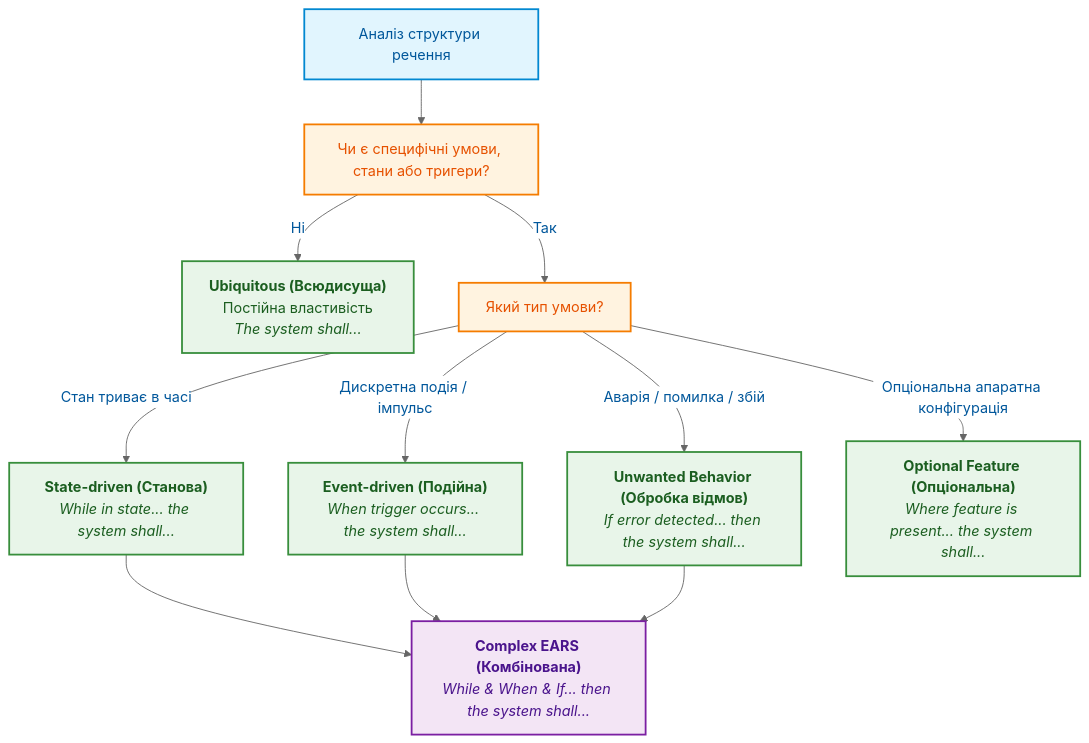
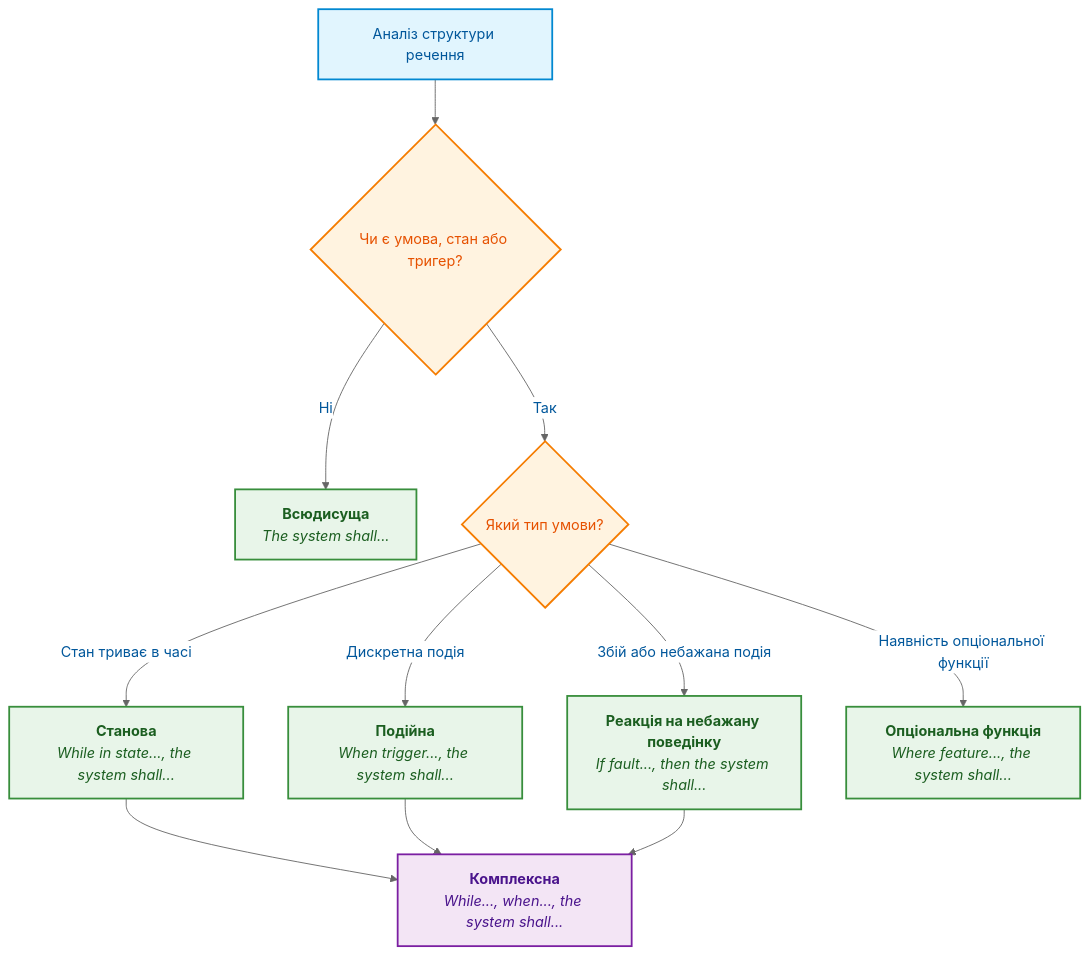
One commit to nick-fedchik/articles changed the second of 4 diagrams in ExpertSystem/ch14-requirements-detection-and-formalization.md. Above: the diagram before and after it, drawn with Mermaid (neutral theme). The commit also changed other lines of this file, not shown here.

````diff
--- a/ExpertSystem/ch14-requirements-detection-and-formalization.md
+++ b/ExpertSystem/ch14-requirements-detection-and-formalization.md
@@ -99,26 +80,26 @@
 ```mermaid
 flowchart TD
-    accTitle: Класифікація шаблонів EARS
-    accDescr: Дерево прийняття рішень для визначення типу вимоги за синтаксичною структурою EARS.
+    accTitle: Вибір шаблону EARS
+    accDescr: Дерево рішень визначає тип вимоги за наявністю й видом умови: стан, подія, збій, опціональна функція або їхнє поєднання.
 
-    Start["Аналіз структури речення"] --> Q_Pre["Чи є специфічні умови, стани або тригери?"]
-    Q_Pre -- Ні --> Ubi["<b>Ubiquitous (Всюдисуща)</b><br/>Постійна властивість<br/><i>The system shall...</i>"]
-    Q_Pre -- Так --> Q_Cond["Який тип умови?"]
+    Start["Аналіз структури речення"] --> Q_Pre{"Чи є умова, стан або тригер?"}
+    Q_Pre -- "Ні" --> Ubi["<b>Всюдисуща</b><br/><i>The system shall...</i>"]
+    Q_Pre -- "Так" --> Q_Cond{"Який тип умови?"}
 
-    Q_Cond -- Стан триває в часі --> State["<b>State-driven (Станова)</b><br/><i>While in state... the system shall...</i>"]
-    Q_Cond -- Дискретна подія / імпульс --> Event["<b>Event-driven (Подійна)</b><br/><i>When trigger occurs... the system shall...</i>"]
-    Q_Cond -- Аварія / помилка / збій --> Fault["<b>Unwanted Behavior (Обробка відмов)</b><br/><i>If error detected... then the system shall...</i>"]
-    Q_Cond -- Опціональна апаратна конфігурація --> Opt["<b>Optional Feature (Опціональна)</b><br/><i>Where feature is present... the system shall...</i>"]
+    Q_Cond -- "Стан триває в часі" --> State["<b>Станова</b><br/><i>While in state..., the system shall...</i>"]
+    Q_Cond -- "Дискретна подія" --> Event["<b>Подійна</b><br/><i>When trigger..., the system shall...</i>"]
+    Q_Cond -- "Збій або небажана подія" --> Fault["<b>Реакція на небажану поведінку</b><br/><i>If fault..., then the system shall...</i>"]
+    Q_Cond -- "Наявність опціональної функції" --> Opt["<b>Опціональна функція</b><br/><i>Where feature..., the system shall...</i>"]
 
-    State & Event & Fault --> Complex["<b>Complex EARS (Комбінована)</b><br/><i>While & When & If... then the system shall...</i>"]
+    State & Event & Fault --> Complex["<b>Комплексна</b><br/><i>While..., when..., the system shall...</i>"]
 
     classDef root fill:#e1f5fe,stroke:#0288d1,stroke-width:2px,color:#01579b;
     classDef choice fill:#fff3e0,stroke:#f57c00,stroke-width:2px,color:#e65100;
     classDef leaf fill:#e8f5e9,stroke:#388e3c,stroke-width:2px,color:#1b5e20;
     classDef comp fill:#f3e5f5,stroke:#7b1fa2,stroke-width:2px,color:#4a148c;
 
     class Start root;
     class Q_Pre,Q_Cond choice;
     class Ubi,State,Event,Fault,Opt leaf;
     class Complex comp;
 ```
````
